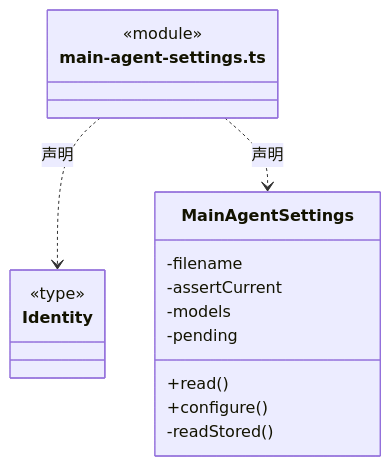
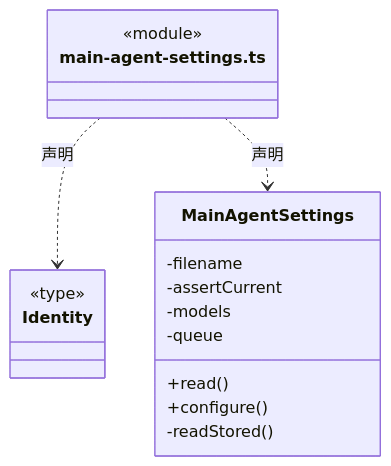
One commit to nan023062/cbim changed the fourth of 5 diagrams in src/backend/main/models/ARCHITECTURE.md. Above: the diagram before and after it, drawn with Mermaid. The commit also changed other lines of this file and 98 other files, not shown here.

````diff
--- a/src/backend/main/models/ARCHITECTURE.md
+++ b/src/backend/main/models/ARCHITECTURE.md
@@ -106,21 +106,21 @@
 ```mermaid
 classDiagram
 class N_src_backend_main_models_main_agent_settings_ts["main-agent-settings.ts"] {
   <<module>>
 }
 class N_src_backend_main_models_main_agent_settings_ts_Identity["Identity"] {
   <<type>>
 
 }
 N_src_backend_main_models_main_agent_settings_ts ..> N_src_backend_main_models_main_agent_settings_ts_Identity : 声明
 class N_src_backend_main_models_main_agent_settings_ts_MainAgentSettings["MainAgentSettings"] {
   +read()
   +configure()
   -filename
   -assertCurrent
   -models
-  -pending
+  -queue
   -readStored()
 }
 N_src_backend_main_models_main_agent_settings_ts ..> N_src_backend_main_models_main_agent_settings_ts_MainAgentSettings : 声明
 ```
````
